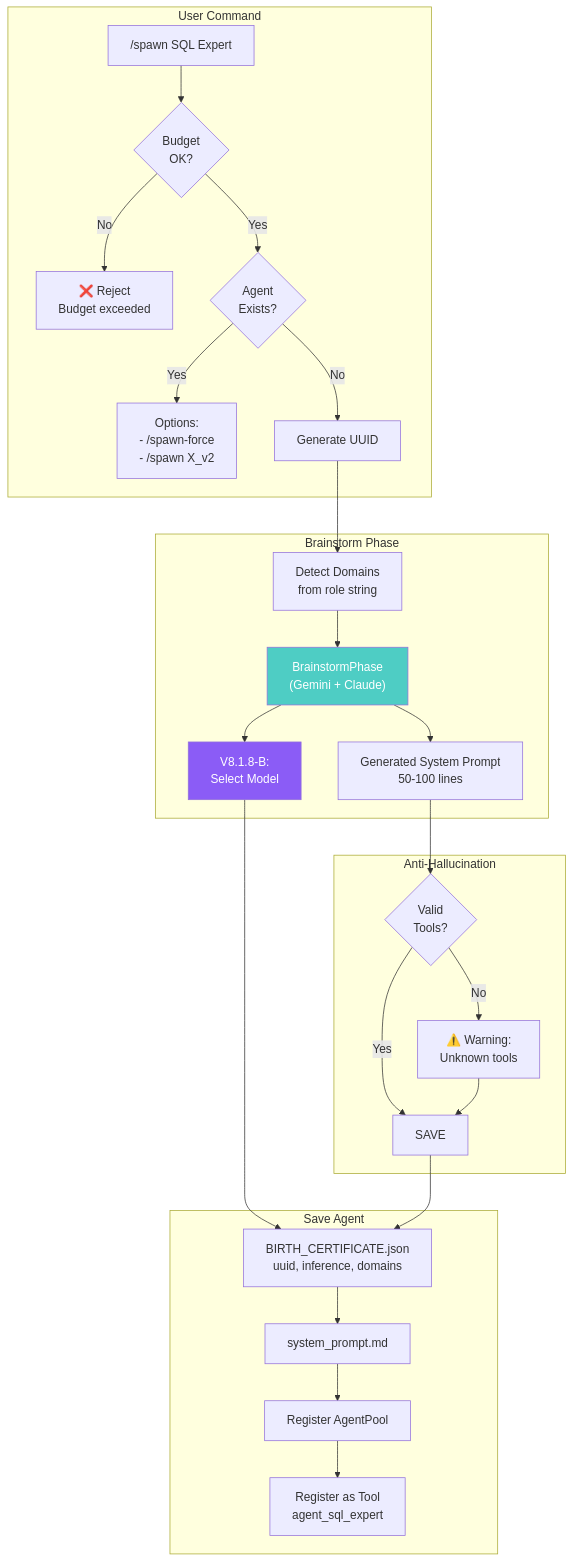
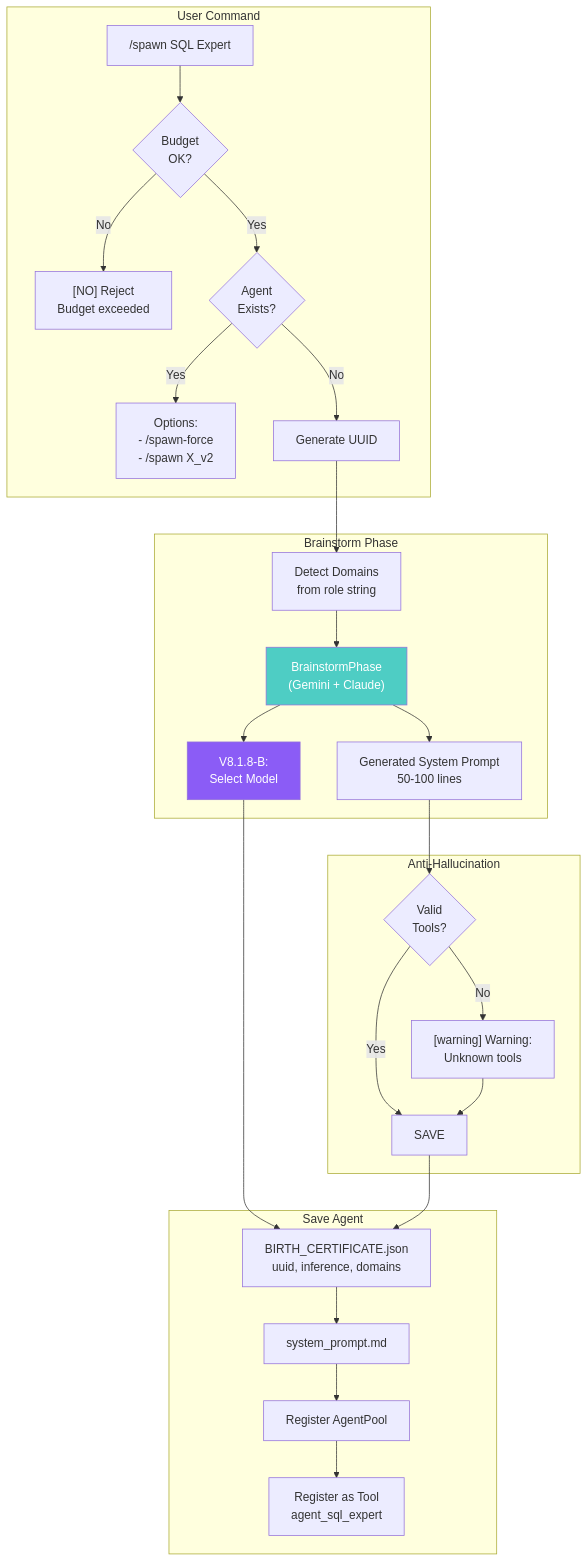
Before and after one commit to yannabadie/NEXUS: the seventh of 9 diagrams in docs/ARCHITECTURE_MAP.md, drawn with Mermaid. The commit also changed other lines of this file and 284 other files, not shown here.

````diff
--- a/docs/ARCHITECTURE_MAP.md
+++ b/docs/ARCHITECTURE_MAP.md
@@ -514,35 +514,35 @@
 ```mermaid
 graph TD
     subgraph Command["User Command"]
         CMD["/spawn SQL Expert"] --> BUDGET{Budget<br/>OK?}
-        BUDGET -->|No| REJECT["❌ Reject<br/>Budget exceeded"]
+        BUDGET -->|No| REJECT["[NO] Reject<br/>Budget exceeded"]
         BUDGET -->|Yes| EXIST{Agent<br/>Exists?}
         EXIST -->|Yes| CHOICE["Options:<br/>- /spawn-force<br/>- /spawn X_v2"]
         EXIST -->|No| UUID[Generate UUID]
     end
 
     subgraph Brainstorm["Brainstorm Phase"]
         UUID --> DOMAIN[Detect Domains<br/>from role string]
         DOMAIN --> BRAIN["BrainstormPhase<br/>(Gemini + Claude)"]
         BRAIN --> PROMPT[Generated System Prompt<br/>50-100 lines]
         BRAIN --> MODEL["V8.1.8-B:<br/>Select Model"]
     end
 
     subgraph Validation["Anti-Hallucination"]
         PROMPT --> VALIDATE{Valid<br/>Tools?}
-        VALIDATE -->|No| WARN["⚠️ Warning:<br/>Unknown tools"]
+        VALIDATE -->|No| WARN["[warning]️ Warning:<br/>Unknown tools"]
         VALIDATE -->|Yes| SAVE
         WARN --> SAVE
     end
 
     subgraph Save["Save Agent"]
         MODEL --> CERT["BIRTH_CERTIFICATE.json<br/>uuid, inference, domains"]
         SAVE --> CERT
         CERT --> SYSPROMPT[system_prompt.md]
         SYSPROMPT --> POOL[Register AgentPool]
         POOL --> TOOL[Register as Tool<br/>agent_sql_expert]
     end
 
     style BRAIN fill:#4ecdc4,color:#fff
     style MODEL fill:#8b5cf6,color:#fff
 ```
````
